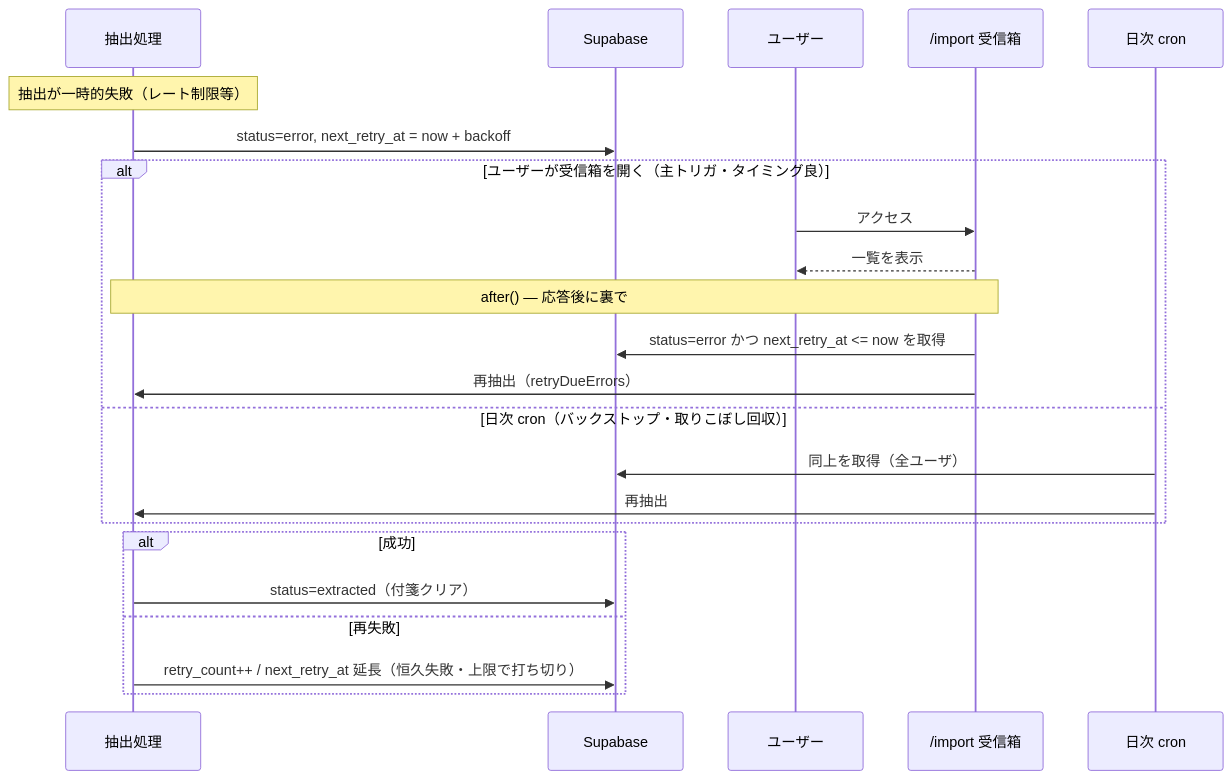
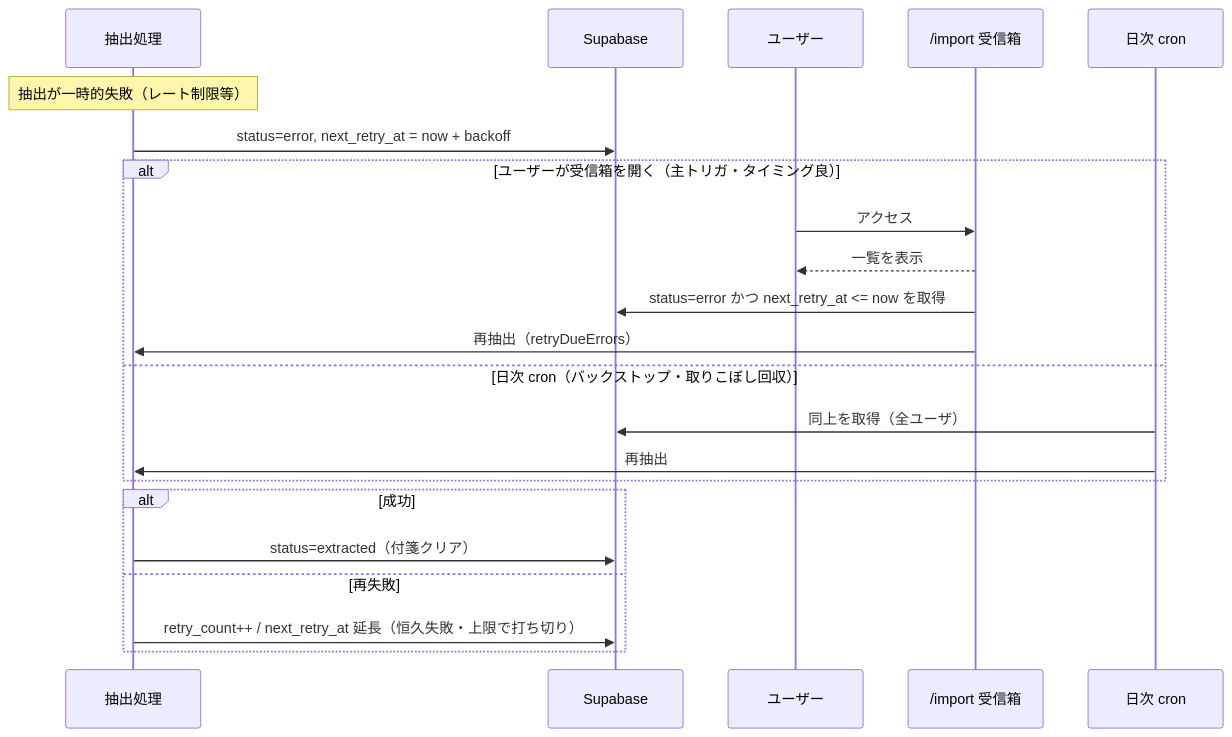
Before and after one commit to shidetake/triplot: the second of 4 diagrams in docs/import-flow.md, drawn with Mermaid. The commit also changed other lines of this file, not shown here.

First line of the commit message:
docs: シーケンス図から after() の帯を削除

````diff
--- a/docs/import-flow.md
+++ b/docs/import-flow.md
@@ -64,28 +62,27 @@
 ```mermaid
 sequenceDiagram
   participant API as 抽出処理
   participant DB as Supabase
   participant U as ユーザー
   participant Inbox as /import 受信箱
   participant Cron as 日次 cron
 
   Note over API: 抽出が一時的失敗（レート制限等）
   API->>DB: status=error, next_retry_at = now + backoff
 
   alt ユーザーが受信箱を開く（主トリガ・タイミング良）
     U->>Inbox: アクセス
     Inbox-->>U: 一覧を表示
-    Note over Inbox,API: after() — 応答後に裏で
     Inbox->>DB: status=error かつ next_retry_at <= now を取得
     Inbox->>API: 再抽出（retryDueErrors）
   else 日次 cron（バックストップ・取りこぼし回収）
     Cron->>DB: 同上を取得（全ユーザ）
     Cron->>API: 再抽出
   end
 
   alt 成功
     API->>DB: status=extracted（付箋クリア）
   else 再失敗
     API->>DB: retry_count++ / next_retry_at 延長（恒久失敗・上限で打ち切り）
   end
 ```
````
